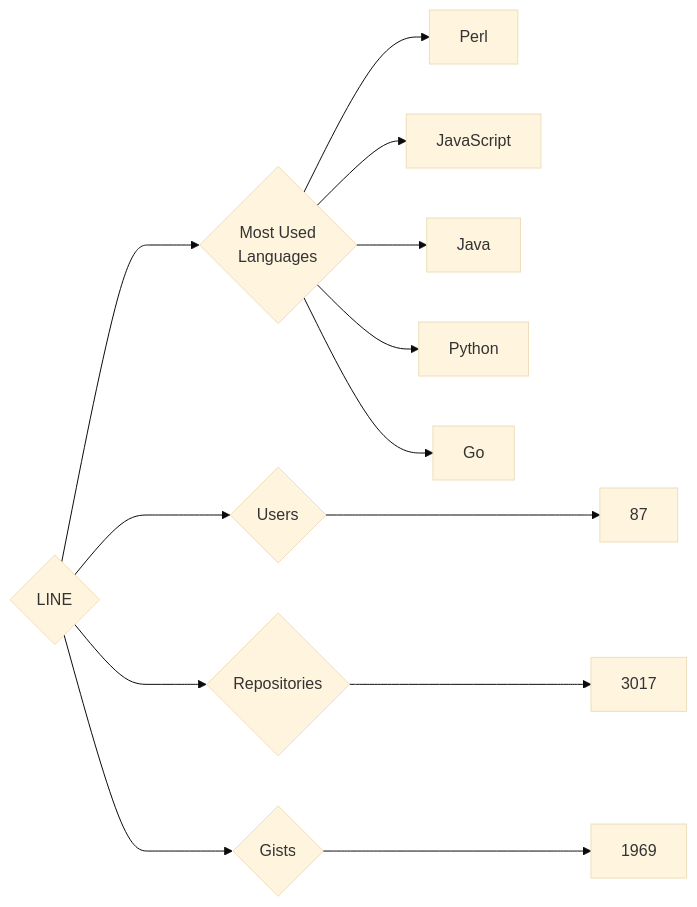
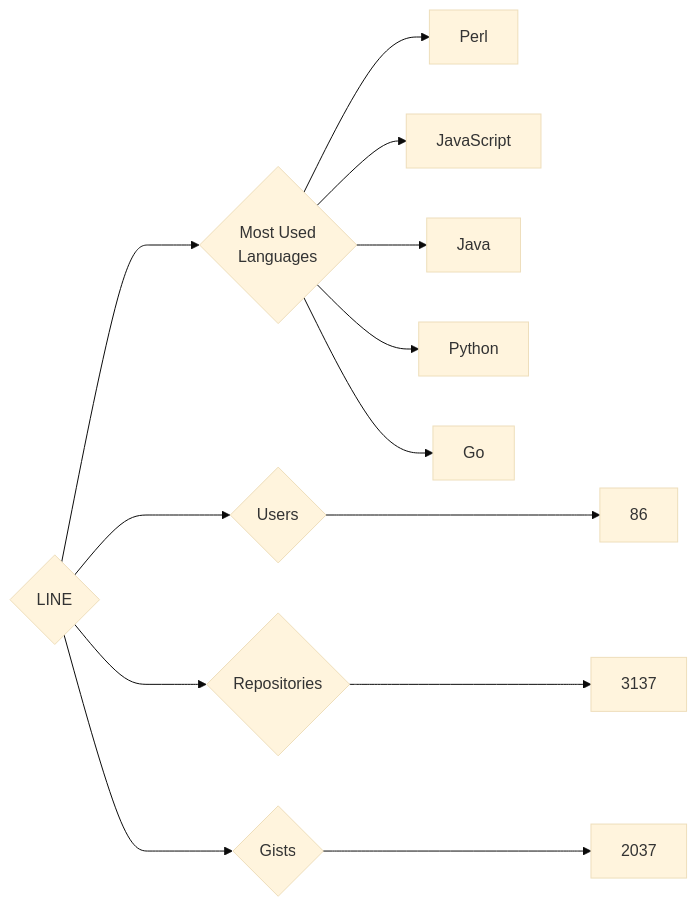
One commit to trickest/insiders changed the diagram in targets/LINE/README.md. Above: the diagram before and after it, drawn with Mermaid (base theme). The commit also changed 877 other files, not shown here.

````diff
--- a/targets/LINE/README.md
+++ b/targets/LINE/README.md
@@ -3,13 +3,13 @@
 ```mermaid
 graph LR
 COMPANY_NAME{LINE}
-COMPANY_NAME ---> U{Users} ---> UN[87]
-COMPANY_NAME ---> R{Repositories} ---> RN[3017]
-COMPANY_NAME ---> G{Gists} ---> GN[1969]
+COMPANY_NAME ---> U{Users} ---> UN[86]
+COMPANY_NAME ---> R{Repositories} ---> RN[3137]
+COMPANY_NAME ---> G{Gists} ---> GN[2037]
 COMPANY_NAME ---> ML{Most Used<br>Languages}
 ML --> Perl[Perl]
 ML --> JavaScript[JavaScript]
 ML --> Java[Java]
 ML --> Python[Python]
 ML --> Go[Go]
 ```
````
